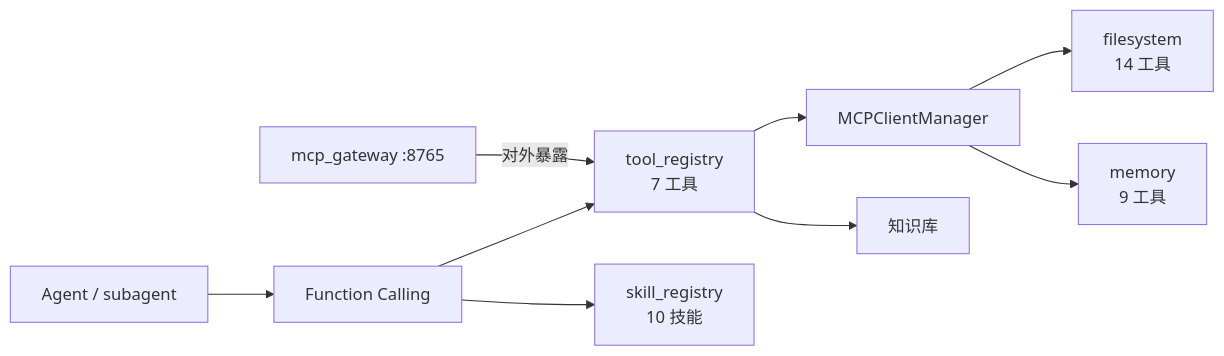
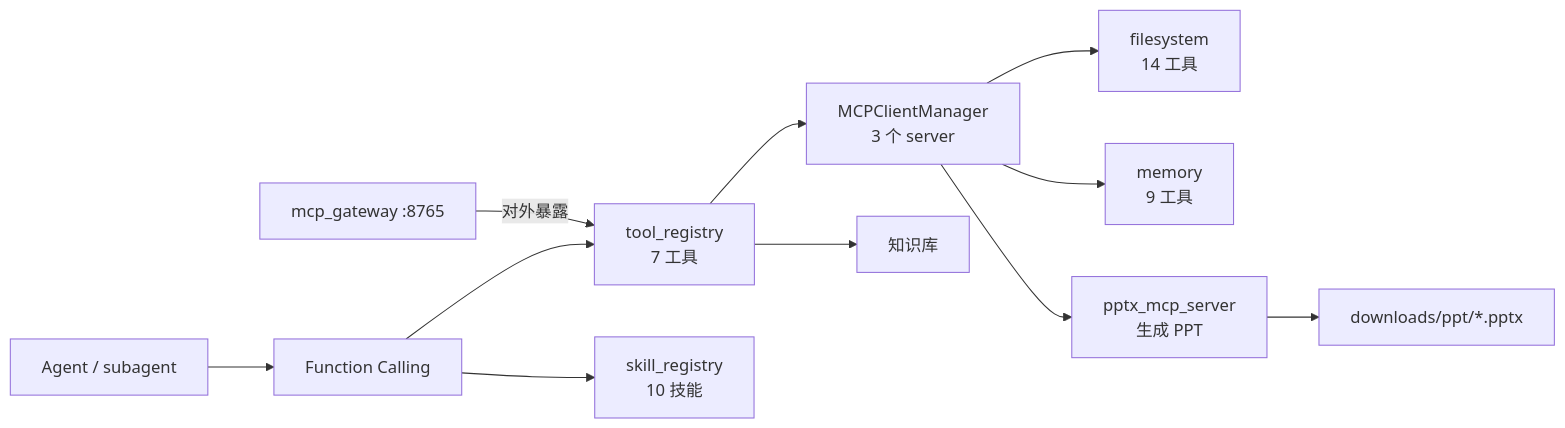
The sixth of 7 diagrams in ARCHITECTURE_LINKS.md (Golden2002/PAEG), drawn with Mermaid before and after one commit. The commit also changed other lines of this file, not shown here.

Commit message:
v0.25 文档更新：3 新学科+学段联动+PPT MCP+自我更新闭环 (ARCHITECTURE_LINKS.md)

````diff
--- a/ARCHITECTURE_LINKS.md
+++ b/ARCHITECTURE_LINKS.md
@@ -101,11 +121,13 @@
 ```mermaid
 flowchart LR
     A["Agent / subagent"] --> FC["Function Calling"]
     FC --> T["tool_registry<br/>7 工具"]
     FC --> SK["skill_registry<br/>10 技能"]
-    T --> MC["MCPClientManager"]
+    T --> MC["MCPClientManager<br/>3 个 server"]
     MC --> FS["filesystem<br/>14 工具"]
     MC --> MM["memory<br/>9 工具"]
+    MC --> PX["pptx_mcp_server<br/>生成 PPT"]
+    PX --> OUT["downloads/ppt/*.pptx"]
     MG["mcp_gateway :8765"] -->|"对外暴露"| T
     T --> KB["知识库"]
 ```
````
